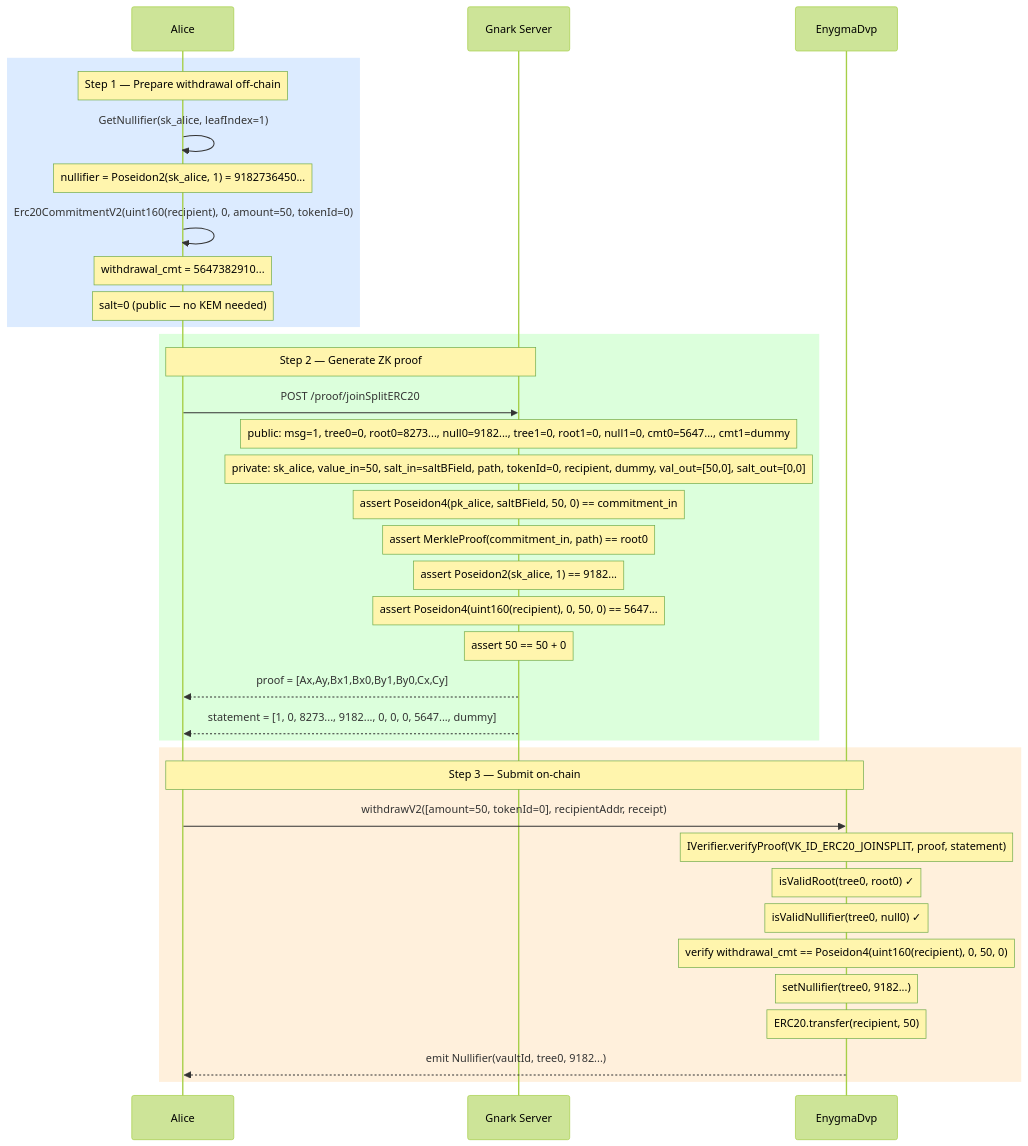
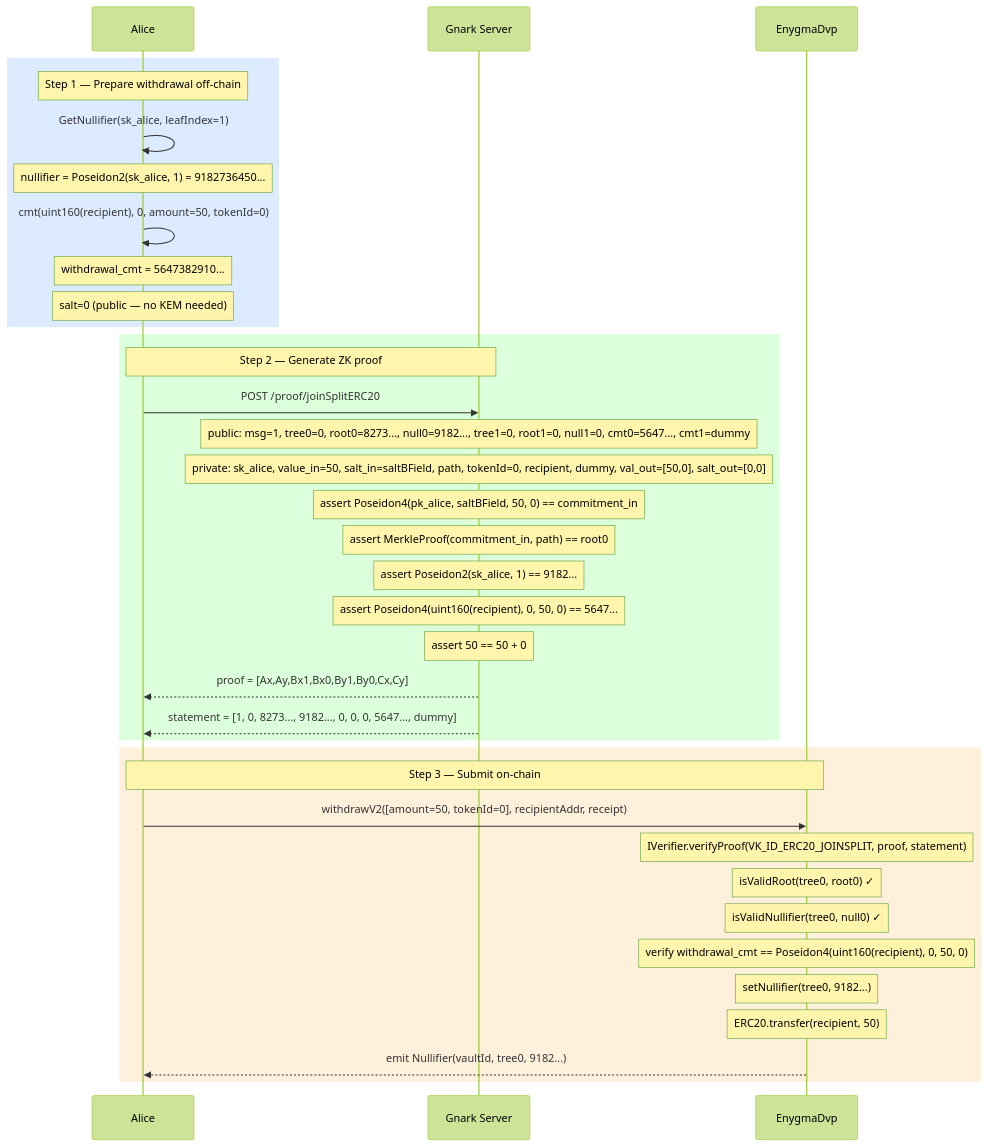
Before and after one commit to yaksetig/Enygma: the diagram in enygma_dvp/docs/flows/04_withdraw_erc20.md, drawn with Mermaid (forest theme). The commit also changed other lines of this file, not shown here.

Commit message:
changes in 04 flow

````diff
--- a/enygma_dvp/docs/flows/04_withdraw_erc20.md
+++ b/enygma_dvp/docs/flows/04_withdraw_erc20.md
@@ -82,47 +70,47 @@
 ```mermaid
 sequenceDiagram
     participant Alice
     participant Gnark as Gnark Server
     participant DVP as EnygmaDvp
 
     rect rgb(220, 235, 255)
         Note over Alice: Step 1 — Prepare withdrawal off-chain
 
         Alice->>Alice: GetNullifier(sk_alice, leafIndex=1)
         Note over Alice: nullifier = Poseidon2(sk_alice, 1) = 9182736450...
 
-        Alice->>Alice: Erc20CommitmentV2(uint160(recipient), 0, amount=50, tokenId=0)
+        Alice->>Alice: cmt(uint160(recipient), 0, amount=50, tokenId=0)
         Note over Alice: withdrawal_cmt = 5647382910...
         Note over Alice: salt=0 (public — no KEM needed)
     end
 
     rect rgb(220, 255, 220)
         Note over Alice,Gnark: Step 2 — Generate ZK proof
 
         Alice->>Gnark: POST /proof/joinSplitERC20
         Note over Gnark: public: msg=1, tree0=0, root0=8273..., null0=9182..., tree1=0, root1=0, null1=0, cmt0=5647..., cmt1=dummy
         Note over Gnark: private: sk_alice, value_in=50, salt_in=saltBField, path, tokenId=0, recipient, dummy, val_out=[50,0], salt_out=[0,0]
         Note over Gnark: assert Poseidon4(pk_alice, saltBField, 50, 0) == commitment_in
         Note over Gnark: assert MerkleProof(commitment_in, path) == root0
         Note over Gnark: assert Poseidon2(sk_alice, 1) == 9182...
         Note over Gnark: assert Poseidon4(uint160(recipient), 0, 50, 0) == 5647...
         Note over Gnark: assert 50 == 50 + 0
 
         Gnark-->>Alice: proof = [Ax,Ay,Bx1,Bx0,By1,By0,Cx,Cy]
         Gnark-->>Alice: statement = [1, 0, 8273..., 9182..., 0, 0, 0, 5647..., dummy]
     end
 
     rect rgb(255, 240, 220)
         Note over Alice,DVP: Step 3 — Submit on-chain
 
         Alice->>DVP: withdrawV2([amount=50, tokenId=0], recipientAddr, receipt)
         Note over DVP: IVerifier.verifyProof(VK_ID_ERC20_JOINSPLIT, proof, statement)
         Note over DVP: isValidRoot(tree0, root0) ✓
         Note over DVP: isValidNullifier(tree0, null0) ✓
         Note over DVP: verify withdrawal_cmt == Poseidon4(uint160(recipient), 0, 50, 0)
         Note over DVP: setNullifier(tree0, 9182...)
         Note over DVP: ERC20.transfer(recipient, 50)
 
         DVP-->>Alice: emit Nullifier(vaultId, tree0, 9182...)
     end
 ```
````
